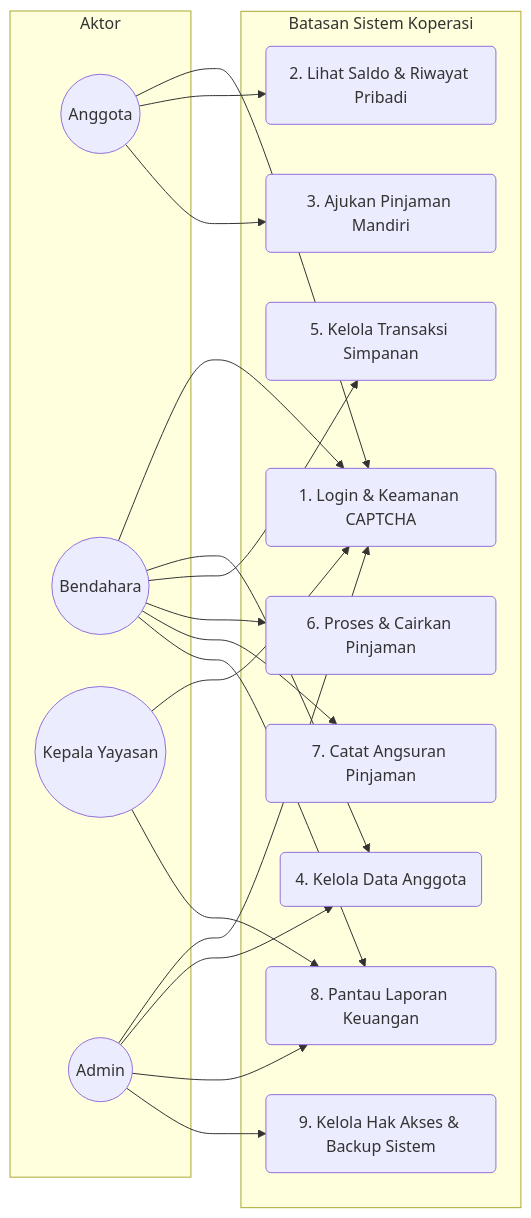
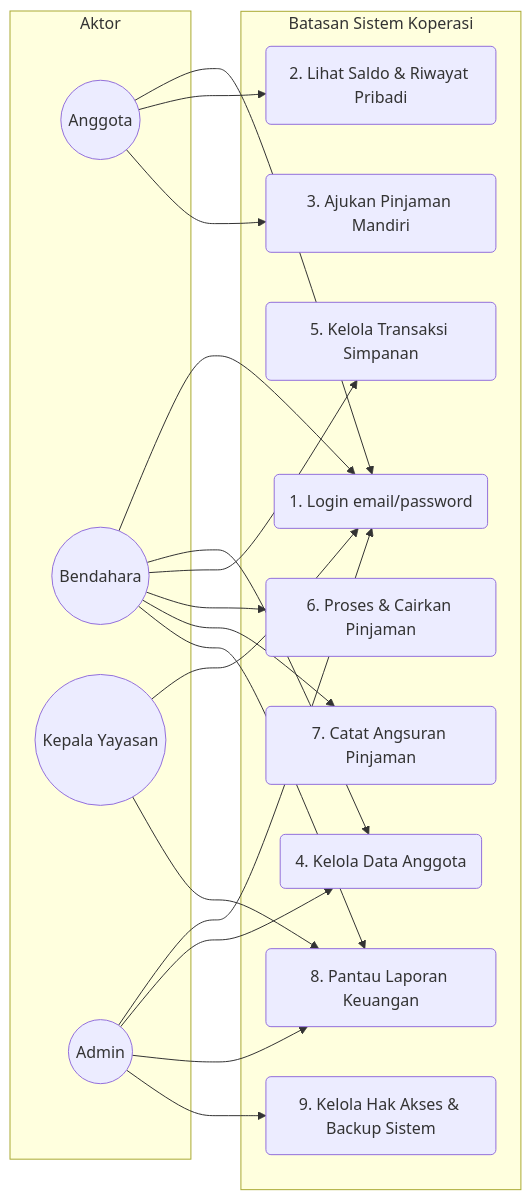
One commit to adrianakbar/karya_tantri_abadi changed the second of 5 diagrams in PROPOSAL_DIAGRAMS.md. Above: the diagram before and after it, drawn with Mermaid. The commit also changed 10 other files, not shown here.

First line of the commit message:
refactor: hapus CAPTCHA/reCAPTCHA dari sistem login

````diff
--- a/PROPOSAL_DIAGRAMS.md
+++ b/PROPOSAL_DIAGRAMS.md
@@ -39,40 +39,40 @@
 ```mermaid
 flowchart LR
     subgraph Aktor
         Anggota((Anggota))
         Bendahara((Bendahara))
         Yayasan((Kepala Yayasan))
         Admin((Admin))
     end
 
     subgraph Batasan Sistem Koperasi
-        UC_Login(1. Login & Keamanan CAPTCHA)
+        UC_Login(1. Login email/password)
         UC_LihatProfile(2. Lihat Saldo & Riwayat Pribadi)
         UC_AjukanPinjaman(3. Ajukan Pinjaman Mandiri)
         UC_KelolaAnggota(4. Kelola Data Anggota)
         UC_TransaksiSimpanan(5. Kelola Transaksi Simpanan)
         UC_ProsesPinjaman(6. Proses & Cairkan Pinjaman)
         UC_AngsuranPinjaman(7. Catat Angsuran Pinjaman)
         UC_LaporanKeuangan(8. Pantau Laporan Keuangan)
         UC_SistemSetting(9. Kelola Hak Akses & Backup Sistem)
     end
 
     Anggota --> UC_Login
     Anggota --> UC_LihatProfile
     Anggota --> UC_AjukanPinjaman
 
     Bendahara --> UC_Login
     Bendahara --> UC_KelolaAnggota
     Bendahara --> UC_TransaksiSimpanan
     Bendahara --> UC_ProsesPinjaman
     Bendahara --> UC_AngsuranPinjaman
     Bendahara --> UC_LaporanKeuangan
 
     Yayasan --> UC_Login
     Yayasan --> UC_LaporanKeuangan
 
     Admin --> UC_Login
     Admin --> UC_KelolaAnggota
     Admin --> UC_LaporanKeuangan
     Admin --> UC_SistemSetting
 ```
````
